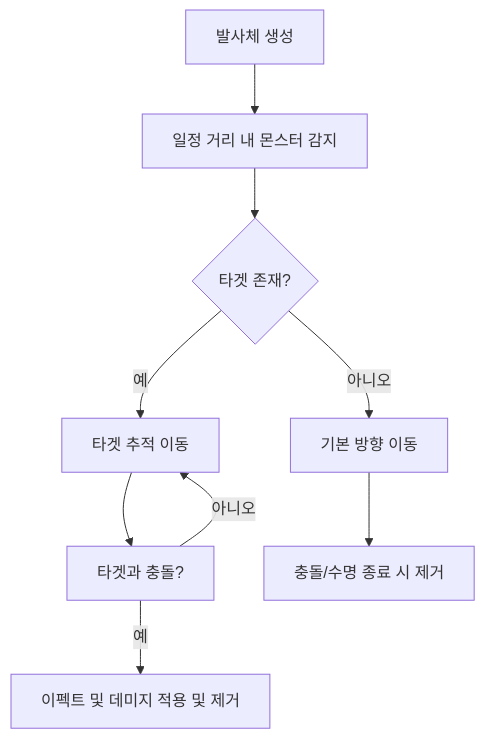
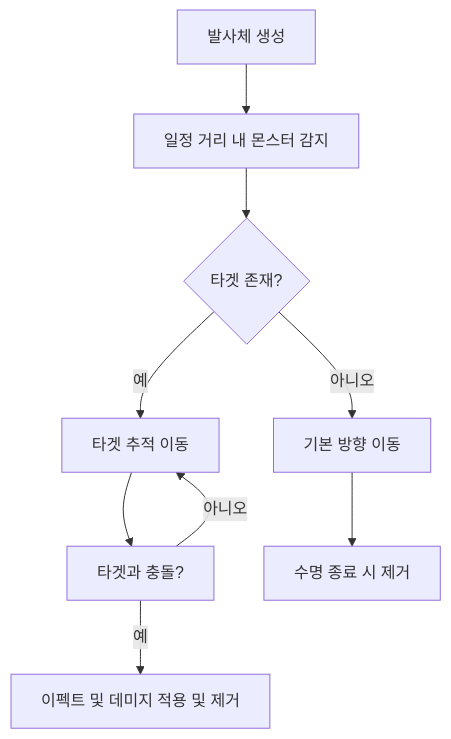
The third of 3 diagrams in README.md (WJMcode/Project_CavesBasic), drawn with Mermaid before and after one commit.

````diff
--- a/README.md
+++ b/README.md
@@ -264,11 +264,11 @@
 ```mermaid
 flowchart TD
     A[발사체 생성] --> B[일정 거리 내 몬스터 감지]
     B --> C{타겟 존재?}
     C -- 예 --> D[타겟 추적 이동]
     C -- 아니오 --> E[기본 방향 이동]
     D --> F[타겟과 충돌?]
-    F -- 예 --> G[이펙트 및 데미지 적용 및 제거]
+    F -- 예 --> G[이펙트 및 데미지 적용 및    제거]
     F -- 아니오 --> D
-    E --> H[충돌/수명 종료 시 제거]
+    E --> H[수명 종료 시 제거]
 ```
````
